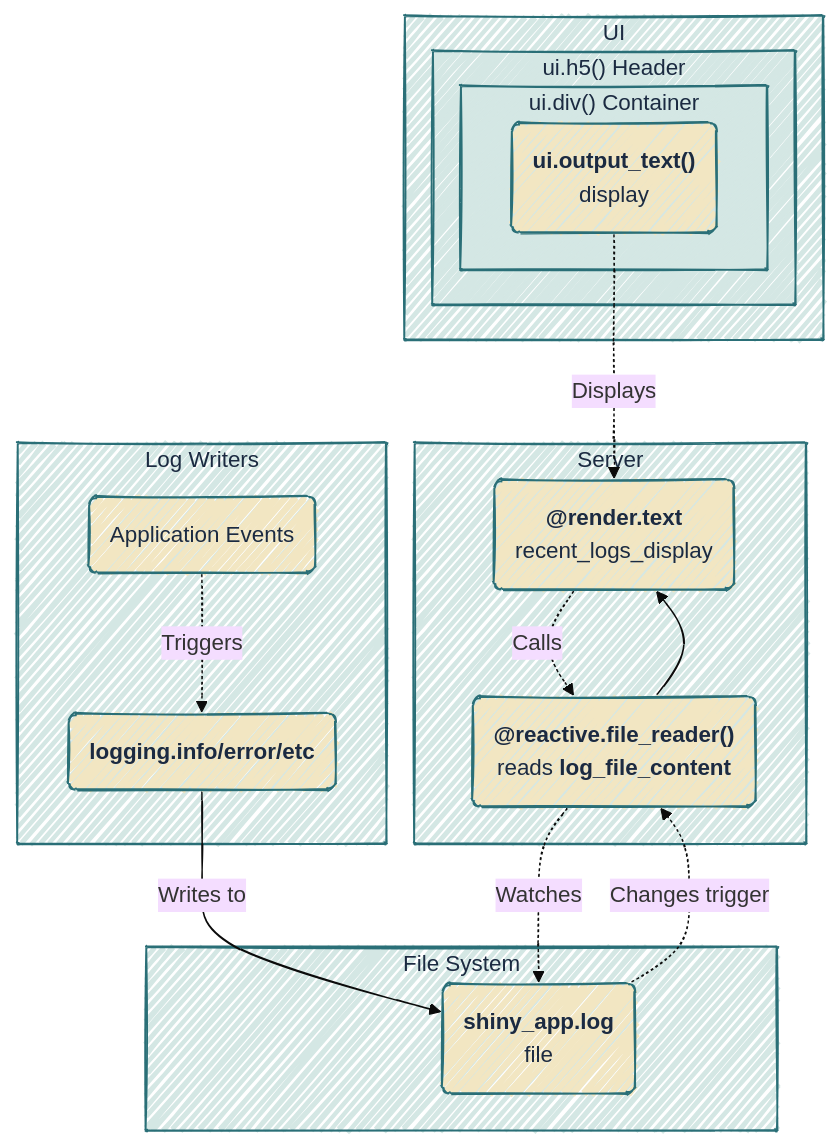
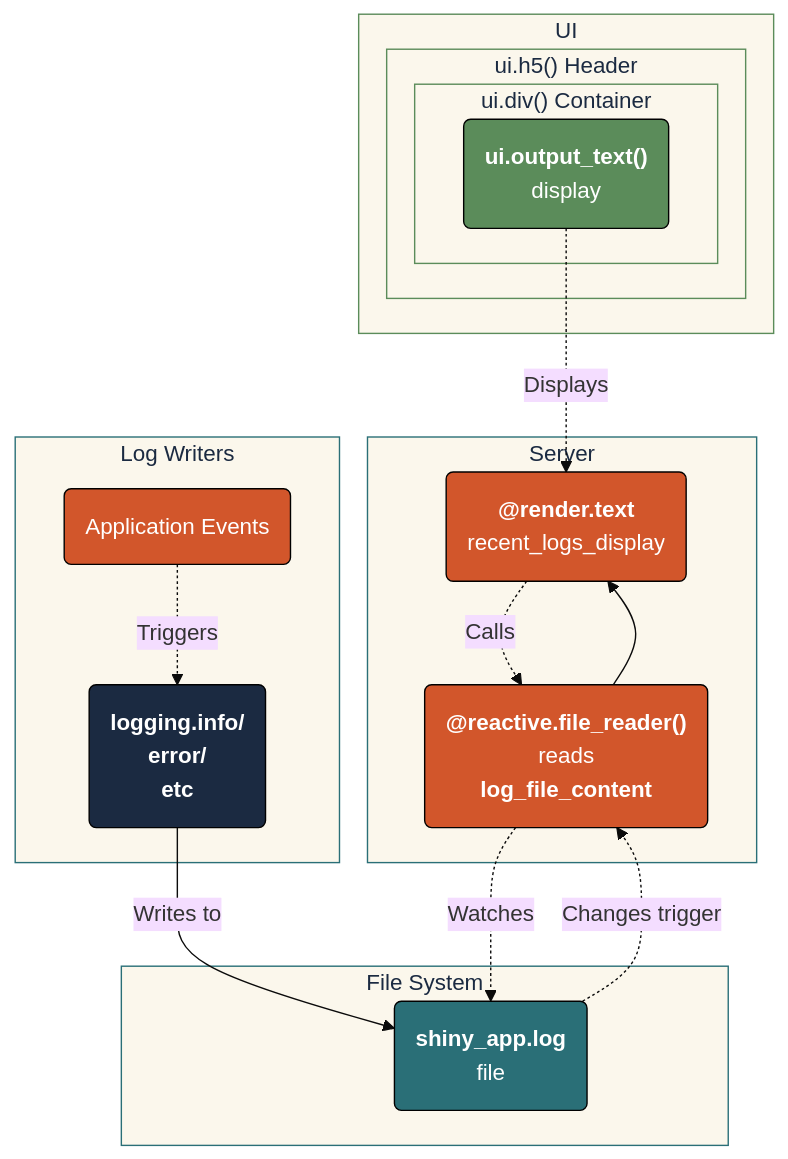
Diagram 11 of 15 in app-log-py.qmd (mjfrigaard/do4ds-labs), drawn with Mermaid before and after one commit. The commit also changed other lines of this file and 48 other files, not shown here.

````diff
--- a/app-log-py.qmd
+++ b/app-log-py.qmd
@@ -1341,43 +1382,47 @@
 ```{mermaid}
 %%| fig-cap: 'Log file monitoring architecture'
-%%| fig-width: 7.0
-%%| fig-align: center
-%%{init: {'theme': 'base', 'look': 'handDrawn', 'themeVariables': {'fontFamily': 'monospace'}}}%%
+%%| fig-align: 'center'
+%%{init: {'theme': 'base', 'themeVariables': {'fontFamily': 'monospace'}}}%%
 
 graph TB
     subgraph UI["UI"]
-	    subgraph H5["ui.h5() Header"]
-		    subgraph DIV["ui.div() Container"]
-			    C("<strong>ui.output_text()</strong><br>display")
-		    end
-	    end
+        subgraph H5["ui.h5() Header"]
+            subgraph DIV["ui.div() Container"]
+                C("<strong>ui.output_text()</strong><br>display")
+            end
+        end
+    end
 
+    subgraph SERVER["Server"]
+        D("<strong>@reactive.file_reader()</strong><br>reads<br><strong>log_file_content</strong>") --> E("<strong>@render.text</strong><br>recent_logs_display")
     end
-    
-    subgraph SERVER["Server"]
-        D("<strong>@reactive.file_reader()</strong><br>reads <strong>log_file_content</strong>") --> E("<strong>@render.text</strong><br>recent_logs_display")
-    end
-    
+
     subgraph FS["File System"]
         F("<strong>shiny_app.log</strong><br>file")
     end
-    
+
     subgraph WRITE["Log Writers"]
-        G("Application Events") -.Triggers.-> H("<strong>logging.info/error/etc</strong>")
+        G("Application Events") -.Triggers.-> H("<strong>logging.info/<br>error/<br>etc</strong>")
         H --"Writes to"--> F
     end
-    
+
     C -.Displays.-> E
     E -.Calls.-> D
     D -.Watches.-> F
     F -.Changes trigger.-> D
-    classDef default fill:#F2E6C2,stroke:#2A6F77,color:#1B2A41
-    style UI fill:#d4e7e4,stroke:#2A6F77,color:#1B2A41
-    style H5 fill:#d4e7e4,stroke:#2A6F77,color:#1B2A41
-    style DIV fill:#d4e7e4,stroke:#2A6F77,color:#1B2A41
-    style SERVER fill:#d4e7e4,stroke:#2A6F77,color:#1B2A41
-    style FS fill:#d4e7e4,stroke:#2A6F77,color:#1B2A41
-    style WRITE fill:#d4e7e4,stroke:#2A6F77,color:#1B2A41
+    
+    style C fill:#5B8C5A,stroke:#000000,stroke-width:1px,color:#ffffff
+    style D fill:#D2562B,stroke:#000000,stroke-width:1px,color:#ffffff
+    style E fill:#D2562B,stroke:#000000,stroke-width:1px,color:#ffffff
+    style F fill:#2A6F77,stroke:#000000,stroke-width:1px,color:#ffffff
+    style G fill:#D2562B,stroke:#000000,stroke-width:1px,color:#ffffff
+    style H fill:#1B2A41,stroke:#000000,stroke-width:1px,color:#ffffff
+    style UI fill:#fbf7ec,stroke:#5B8C5A,color:#1B2A41
+    style H5 fill:#fbf7ec,stroke:#5B8C5A,color:#1B2A41
+    style DIV fill:#fbf7ec,stroke:#5B8C5A,color:#1B2A41
+    style SERVER fill:#fbf7ec,stroke:#2A6F77,color:#1B2A41
+    style FS fill:#fbf7ec,stroke:#2A6F77,color:#1B2A41
+    style WRITE fill:#fbf7ec,stroke:#2A6F77,color:#1B2A41
     
     
 ```
````
